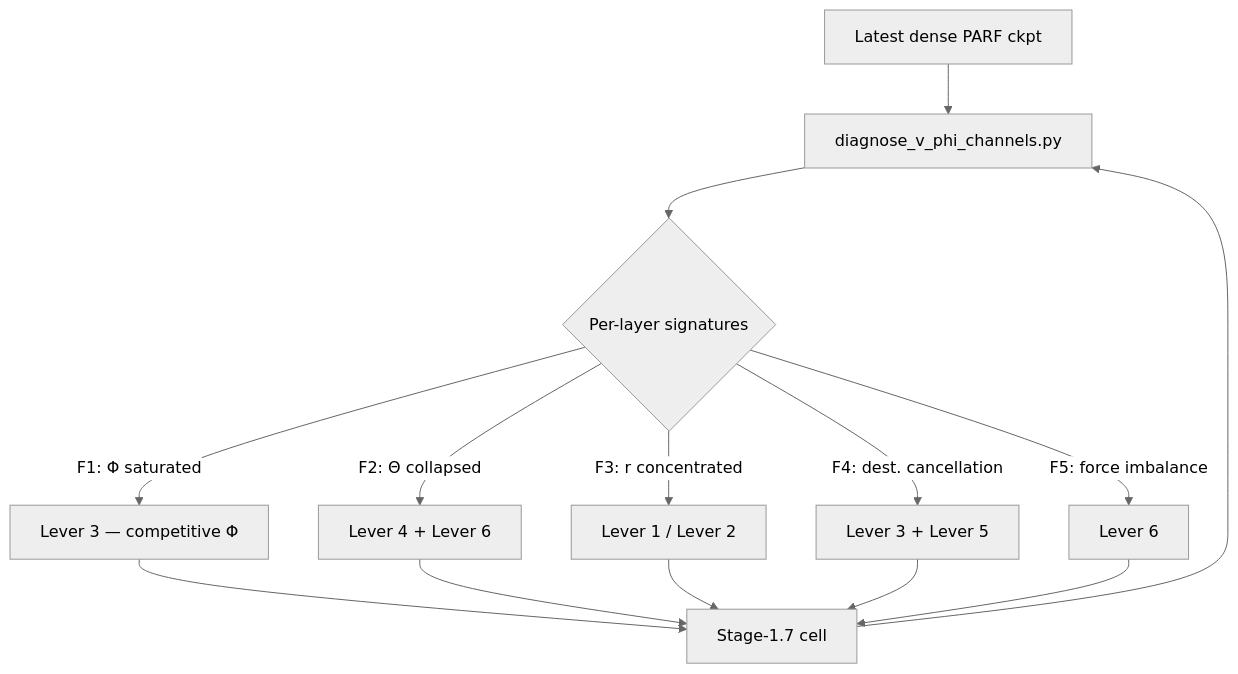
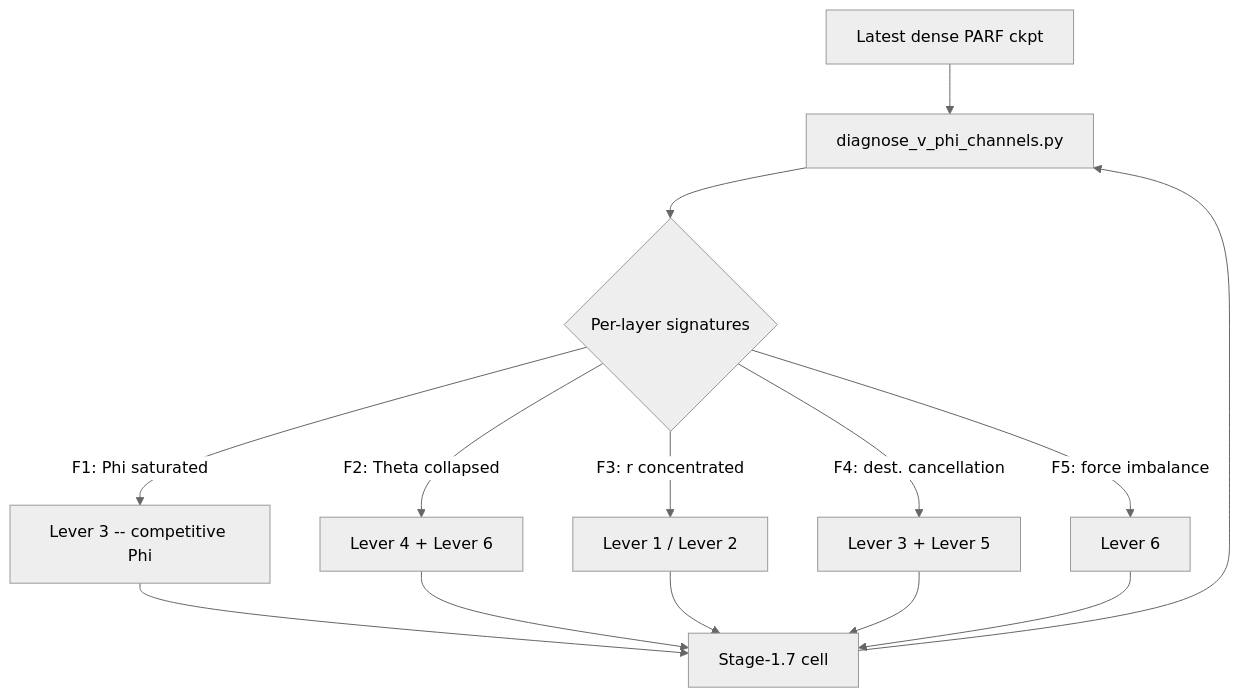
The second of 5 diagrams in companion_notes/PARF_Augmented_SPLM_Architecture_v2.md (dimitarpg13/semsimula-paper), drawn with Mermaid (neutral theme) before and after one commit. The commit also changed other lines of this file and 1 other file, not shown here.

First line of the commit message:
Fix GitHub rendering in PARF_Augmented_SPLM_Architecture and remove duplicate

````diff
--- a/companion_notes/PARF_Augmented_SPLM_Architecture_v2.md
+++ b/companion_notes/PARF_Augmented_SPLM_Architecture_v2.md
@@ -577,16 +576,16 @@
 ```mermaid
 flowchart TD
     A[Latest dense PARF ckpt] --> B[diagnose_v_phi_channels.py]
     B --> C{Per-layer signatures}
-    C -->|F1: Φ saturated| D1[Lever 3 — competitive Φ]
-    C -->|F2: Θ collapsed| D2[Lever 4 + Lever 6]
+    C -->|F1: Phi saturated| D1[Lever 3 -- competitive Phi]
+    C -->|F2: Theta collapsed| D2[Lever 4 + Lever 6]
     C -->|F3: r concentrated| D3[Lever 1 / Lever 2]
     C -->|F4: dest. cancellation| D4[Lever 3 + Lever 5]
     C -->|F5: force imbalance| D5[Lever 6]
     D1 --> E[Stage-1.7 cell]
     D2 --> E
     D3 --> E
     D4 --> E
     D5 --> E
     E --> B
 ```
````
